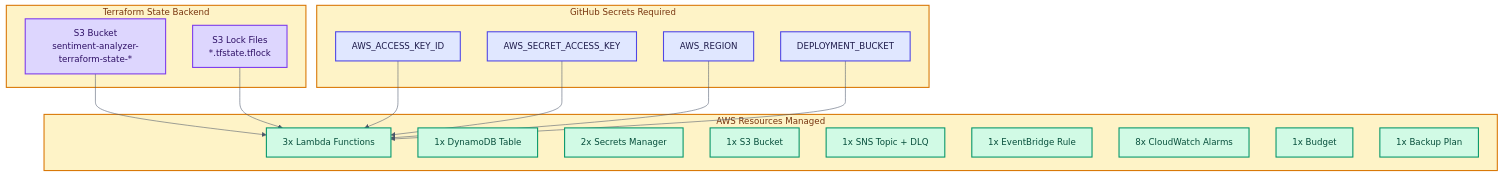
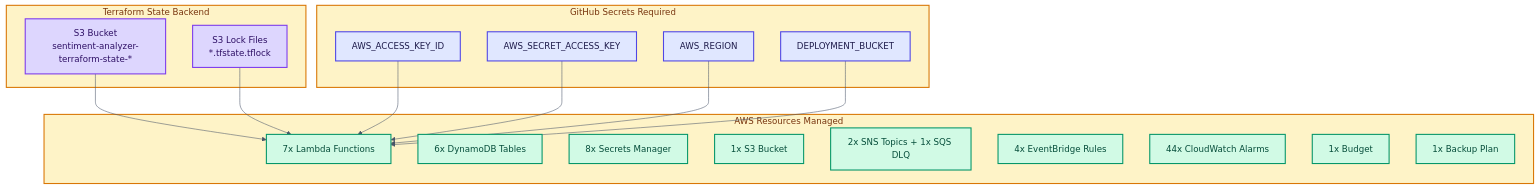
Before and after one commit to traylorre/sentiment-analyzer-gsk: the sixth of 9 diagrams in docs/deployment/TERRAFORM_DEPLOYMENT_FLOW.md, drawn with Mermaid. The commit also changed other lines of this file and 96 other files, not shown here.

````diff
--- a/docs/deployment/TERRAFORM_DEPLOYMENT_FLOW.md
+++ b/docs/deployment/TERRAFORM_DEPLOYMENT_FLOW.md
@@ -248,44 +246,44 @@
 ```mermaid
 %%{init: {'theme': 'base', 'themeVariables': {'primaryColor': '#e8f4fd', 'primaryTextColor': '#1a365d', 'primaryBorderColor': '#3182ce', 'lineColor': '#4a5568'}}}%%
 graph TB
     subgraph StateBackend["Terraform State Backend"]
         A[S3 Bucket<br/>sentiment-analyzer-terraform-state-*]
         B[S3 Lock Files<br/>*.tfstate.tflock]
     end
 
     subgraph GHSecrets["GitHub Secrets Required"]
         C[AWS_ACCESS_KEY_ID]
         D[AWS_SECRET_ACCESS_KEY]
         E[AWS_REGION]
         F[DEPLOYMENT_BUCKET]
     end
 
     subgraph AWSResources["AWS Resources Managed"]
-        G[3x Lambda Functions]
-        H[1x DynamoDB Table]
-        I[2x Secrets Manager]
+        G[7x Lambda Functions]
+        H[6x DynamoDB Tables]
+        I[8x Secrets Manager]
         J[1x S3 Bucket]
-        K[1x SNS Topic + DLQ]
-        L[1x EventBridge Rule]
-        M[8x CloudWatch Alarms]
+        K[2x SNS Topics + 1x SQS DLQ]
+        L[4x EventBridge Rules]
+        M[44x CloudWatch Alarms]
         N[1x Budget]
         O[1x Backup Plan]
     end
 
     A --> G
     B --> G
     C --> G
     D --> G
     E --> G
     F --> G
 
     classDef stageBox fill:#fef3c7,stroke:#d97706,stroke-width:2px,color:#78350f
     classDef stateNode fill:#ddd6fe,stroke:#7c3aed,stroke-width:2px,color:#2e1065
     classDef secretNode fill:#e0e7ff,stroke:#4f46e5,stroke-width:2px,color:#1e1b4b
     classDef resourceNode fill:#d1fae5,stroke:#059669,stroke-width:2px,color:#064e3b
 
     class StateBackend,GHSecrets,AWSResources stageBox
     class A,B stateNode
     class C,D,E,F secretNode
     class G,H,I,J,K,L,M,N,O resourceNode
 ```
````
